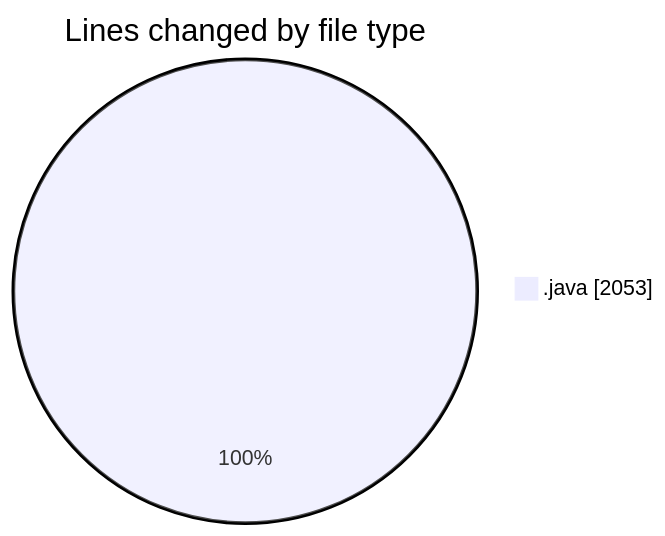
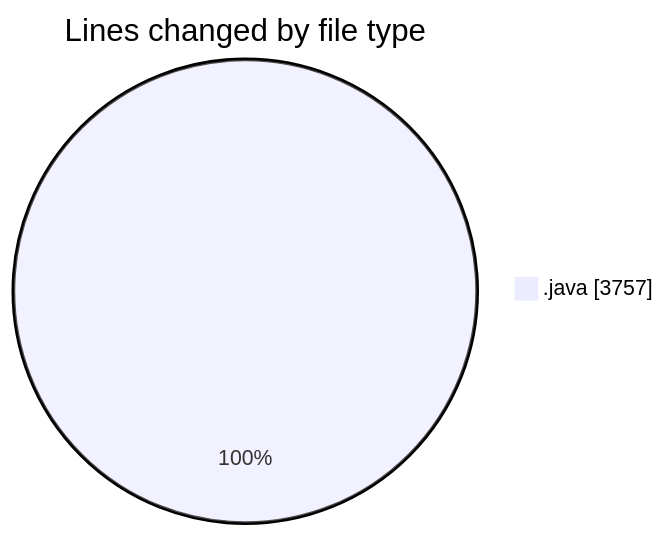
The first of 2 diagrams in 2025-02-18/masm/README.md (charlie-sans/code-tracking), drawn with Mermaid before and after one commit. The commit also changed other lines of this file and 1 other file, not shown here.

````diff
--- a/2025-02-18/masm/README.md
+++ b/2025-02-18/masm/README.md
@@ -25,5 +26,5 @@
 ```mermaid
 pie showData
 title Lines changed by file type
-".java" : 2053
+".java" : 3757
 ```
````
